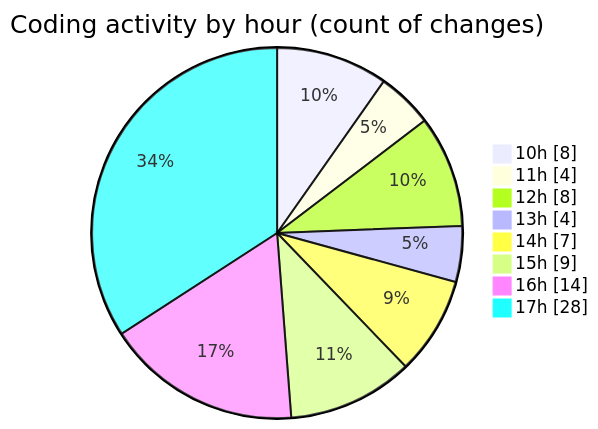
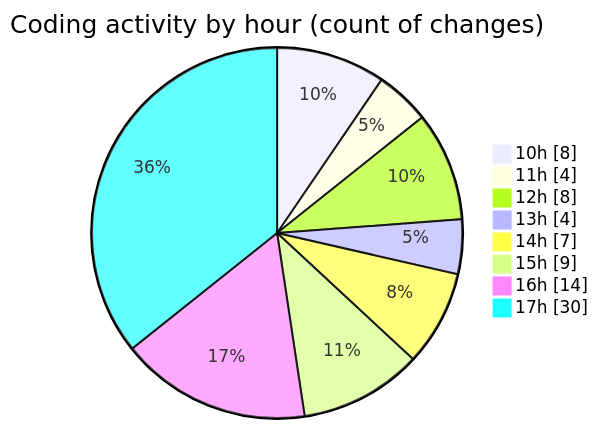
One commit to nxtqubesakshisongat/code-tracking changed the second of 2 diagrams in 2025-08-07/nxtqube_webapp/README.md. Above: the diagram before and after it, drawn with Mermaid. The commit also changed other lines of this file and 1 other file, not shown here.

````diff
--- a/2025-08-07/nxtqube_webapp/README.md
+++ b/2025-08-07/nxtqube_webapp/README.md
@@ -35,12 +35,12 @@
 ```mermaid
 pie showData
 title Coding activity by hour (count of changes)
 "10h" : 8
 "11h" : 4
 "12h" : 8
 "13h" : 4
 "14h" : 7
 "15h" : 9
 "16h" : 14
-"17h" : 28
+"17h" : 30
 ```
````
